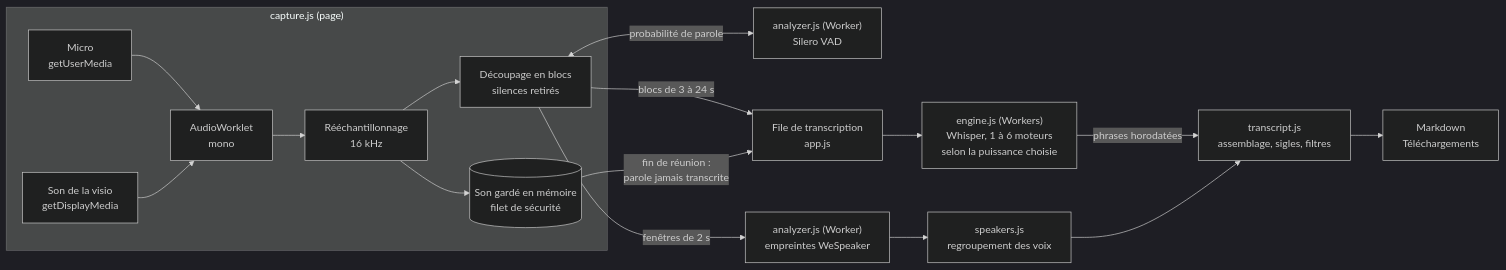
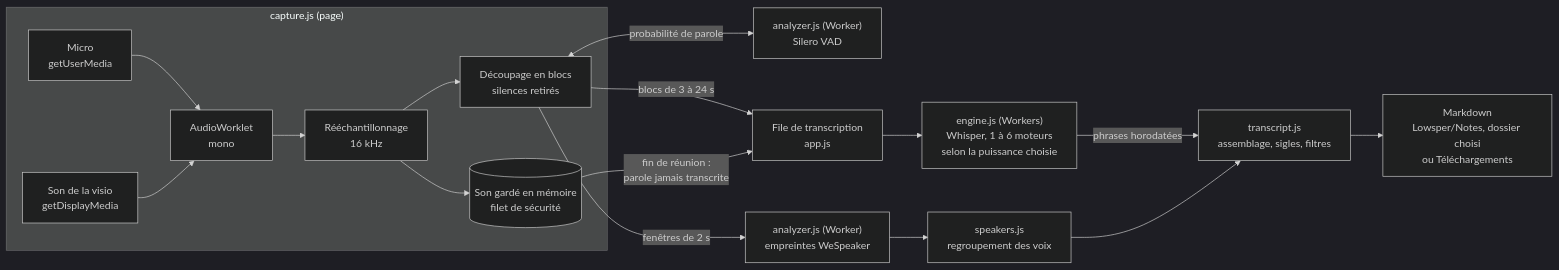
The diagram in docs/architecture.md (PercyaDJ/Lowsper), drawn with Mermaid (dark theme) before and after one commit. The commit also changed other lines of this file and 14 other files, not shown here.

````diff
--- a/docs/architecture.md
+++ b/docs/architecture.md
@@ -24,19 +24,19 @@
 ```mermaid
 flowchart LR
   subgraph Capture["capture.js (page)"]
     MIC[Micro<br/>getUserMedia] --> TAP
     SHARE[Son de la visio<br/>getDisplayMedia] --> TAP
     TAP[AudioWorklet<br/>mono] --> RS[Rééchantillonnage<br/>16 kHz]
     RS --> REC[(Son gardé en mémoire<br/>filet de sécurité)]
     RS --> SEG[Découpage en blocs<br/>silences retirés]
   end
   SEG <-->|probabilité de parole| VAD["analyzer.js (Worker)<br/>Silero VAD"]
   SEG -->|blocs de 3 à 24 s| Q[File de transcription<br/>app.js]
   Q --> W1["engine.js (Workers)<br/>Whisper, 1 à 6 moteurs<br/>selon la puissance choisie"]
   W1 -->|phrases horodatées| T[transcript.js<br/>assemblage, sigles, filtres]
   SEG -->|fenêtres de 2 s| SPK["analyzer.js (Worker)<br/>empreintes WeSpeaker"]
   SPK --> TR[speakers.js<br/>regroupement des voix]
   TR --> T
   REC -->|fin de réunion :<br/>parole jamais transcrite| Q
-  T --> MD[Markdown<br/>Téléchargements]
+  T --> MD[Markdown<br/>Lowsper/Notes, dossier choisi<br/>ou Téléchargements]
 ```
````
